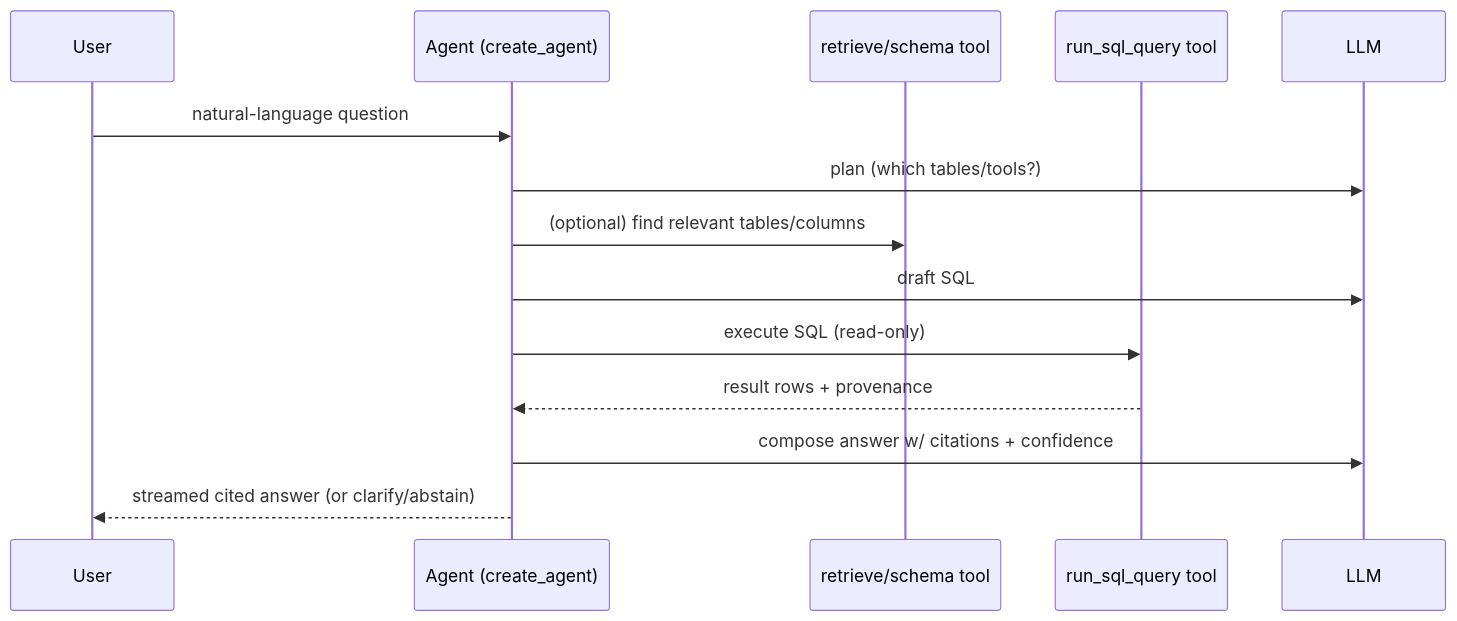
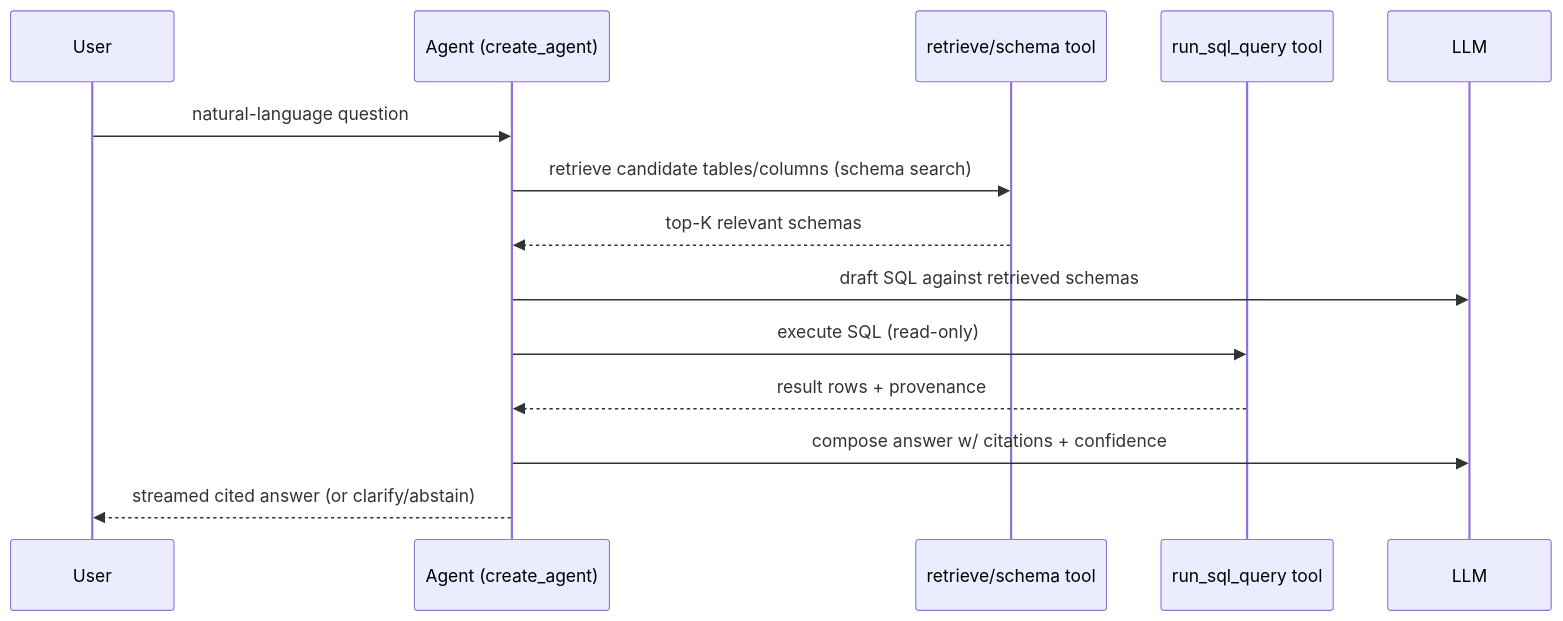
Before and after one commit to mahdiansarisadr/AccountingResearcher: the fourth of 5 diagrams in docs/TDD.md, drawn with Mermaid. The commit also changed other lines of this file, not shown here.

Commit message:
TDD: integrate schema retrieval / table selection across architecture, agent, data, NFR, eval, ADRs, and rollout

````diff
--- a/docs/TDD.md
+++ b/docs/TDD.md
@@ -124,17 +126,17 @@
 ```mermaid
 sequenceDiagram
     participant U as User
     participant A as Agent (create_agent)
     participant R as retrieve/schema tool
     participant S as run_sql_query tool
     participant M as LLM
 
     U->>A: natural-language question
-    A->>M: plan (which tables/tools?)
-    A->>R: (optional) find relevant tables/columns
-    A->>M: draft SQL
+    A->>R: retrieve candidate tables/columns (schema search)
+    R-->>A: top-K relevant schemas
+    A->>M: draft SQL against retrieved schemas
     A->>S: execute SQL (read-only)
     S-->>A: result rows + provenance
     A->>M: compose answer w/ citations + confidence
     A-->>U: streamed cited answer (or clarify/abstain)
 ```
````
